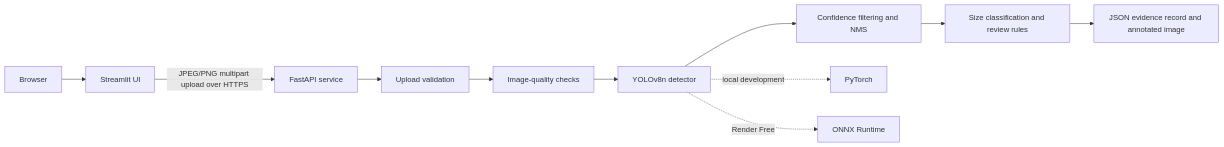
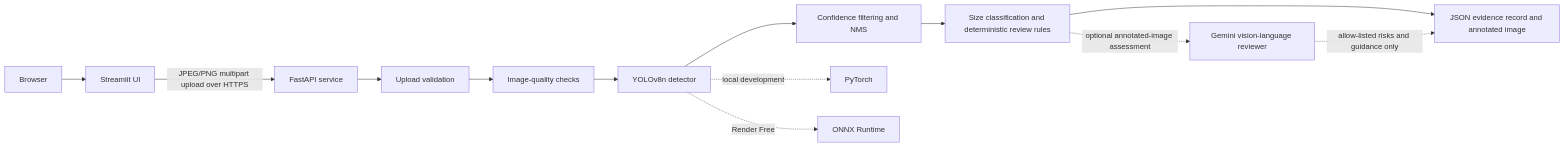
Before and after one commit to ZahraAbbas595/cvision-box-intake: the diagram in README.md, drawn with Mermaid. The commit also changed other lines of this file and 1 other file, not shown here.

````diff
--- a/README.md
+++ b/README.md
@@ -66,13 +67,15 @@
 ```mermaid
 flowchart LR
     U["Browser"] --> S["Streamlit UI"]
     S -->|"JPEG/PNG multipart upload over HTTPS"| A["FastAPI service"]
     A --> V["Upload validation"]
     V --> Q["Image-quality checks"]
     Q --> D["YOLOv8n detector"]
     D --> P["Confidence filtering and NMS"]
-    P --> R["Size classification and review rules"]
+    P --> R["Size classification and deterministic review rules"]
     R --> E["JSON evidence record and annotated image"]
+    R -. "optional annotated-image assessment" .-> G["Gemini vision-language reviewer"]
+    G -. "allow-listed risks and guidance only" .-> E
     D -. "local development" .-> T["PyTorch"]
     D -. "Render Free" .-> O["ONNX Runtime"]
 ```
````
